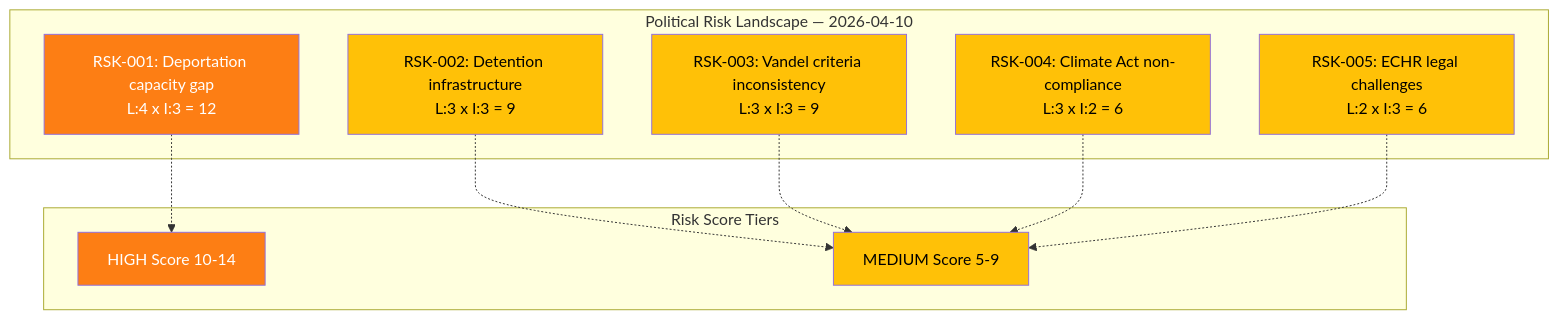
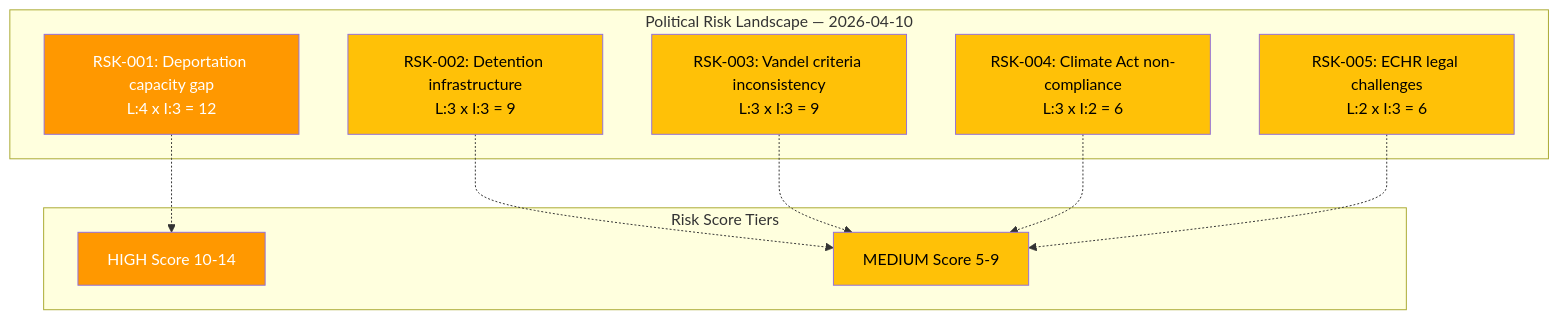
Before and after one commit to Hack23/riksdagsmonitor: the first of 2 diagrams in analysis/daily/2026-04-10/realtime-1424/risk-assessment.md, drawn with Mermaid. The commit also changed other lines of this file and 785 other files, not shown here.

First line of the commit message:
Normalize mermaid colors across 786 analysis artifacts to ISMS Style Guide palette

````diff
--- a/analysis/daily/2026-04-10/realtime-1424/risk-assessment.md
+++ b/analysis/daily/2026-04-10/realtime-1424/risk-assessment.md
@@ -21,26 +21,26 @@
 ```mermaid
 graph TD
     subgraph "Political Risk Landscape — 2026-04-10"
         R1["RSK-001: Deportation capacity gap<br/>L:4 x I:3 = 12"]
         R2["RSK-002: Detention infrastructure<br/>L:3 x I:3 = 9"]
         R3["RSK-003: Vandel criteria inconsistency<br/>L:3 x I:3 = 9"]
         R4["RSK-004: Climate Act non-compliance<br/>L:3 x I:2 = 6"]
         R5["RSK-005: ECHR legal challenges<br/>L:2 x I:3 = 6"]
     end
     subgraph "Risk Score Tiers"
         TH["HIGH Score 10-14"]
         TM["MEDIUM Score 5-9"]
     end
     R1 -.-> TH
     R2 -.-> TM
     R3 -.-> TM
     R4 -.-> TM
     R5 -.-> TM
-    style R1 fill:#fd7e14,color:#fff
-    style R2 fill:#ffc107,color:#000
-    style R3 fill:#ffc107,color:#000
-    style R4 fill:#ffc107,color:#000
-    style R5 fill:#ffc107,color:#000
-    style TH fill:#fd7e14,color:#fff
-    style TM fill:#ffc107,color:#000
+    style R1 fill:#FF9800,color:#FFFFFF
+    style R2 fill:#FFC107,color:#000000
+    style R3 fill:#FFC107,color:#000000
+    style R4 fill:#FFC107,color:#000000
+    style R5 fill:#FFC107,color:#000000
+    style TH fill:#FF9800,color:#FFFFFF
+    style TM fill:#FFC107,color:#000000
 ```
````
